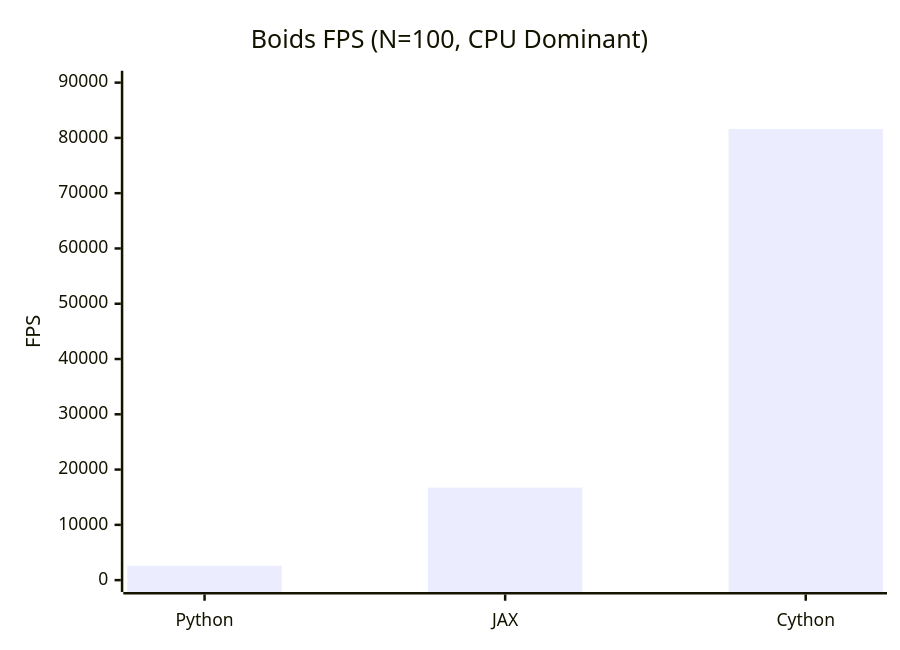
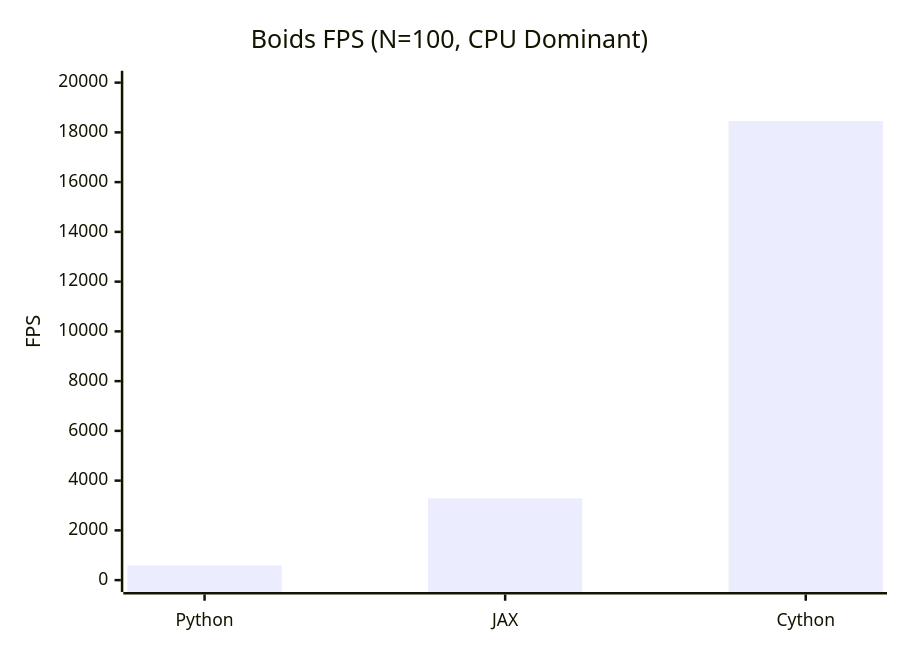
One commit to jelech/rl_speedup_benchmark changed the second of 3 diagrams in BENCHMARK_REPORT.md. Above: the diagram before and after it, drawn with Mermaid. The commit also changed other lines of this file, not shown here.

````diff
--- a/BENCHMARK_REPORT.md
+++ b/BENCHMARK_REPORT.md
@@ -50,7 +64,7 @@
 ```mermaid
 xychart-beta
     title "Boids FPS (N=100, CPU Dominant)"
     x-axis ["Python", "JAX", "Cython"]
-    y-axis "FPS" 0 --> 90000
-    bar [2593, 16729, 81613]
+    y-axis "FPS" 0 --> 20000
+    bar [591, 3287, 18454]
 ```
````
